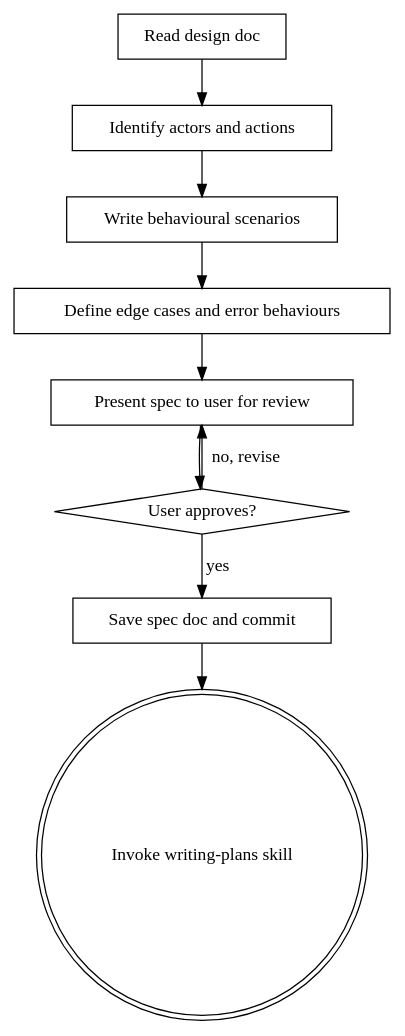
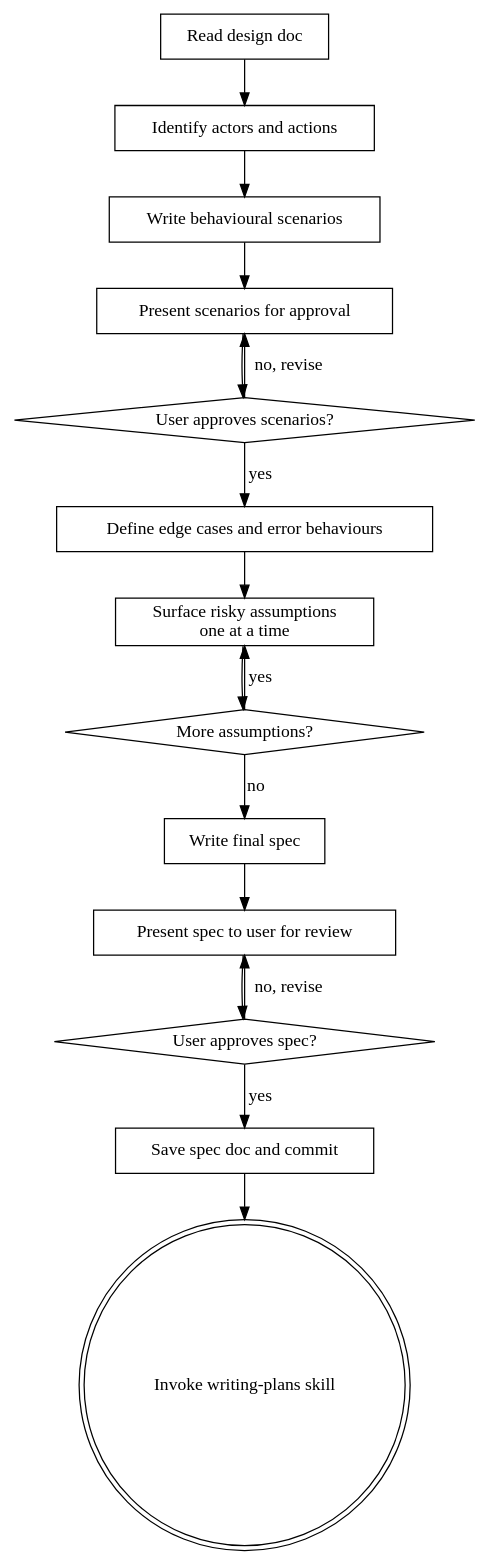
Before and after one commit to nagyv/superpowers: the diagram in skills/writing-behavioural-specs/SKILL.md, drawn with Graphviz. The commit also changed other lines of this file, not shown here.

First line of the commit message:
feat: add user collaboration checkpoints to writing-behavioural-specs

````diff
--- a/skills/writing-behavioural-specs/SKILL.md
+++ b/skills/writing-behavioural-specs/SKILL.md
@@ -27,21 +27,33 @@
 ```dot
 digraph spec_process {
     "Read design doc" [shape=box];
     "Identify actors and actions" [shape=box];
     "Write behavioural scenarios" [shape=box];
+    "Present scenarios for approval" [shape=box];
+    "User approves scenarios?" [shape=diamond];
     "Define edge cases and error behaviours" [shape=box];
+    "Surface risky assumptions\none at a time" [shape=box];
+    "More assumptions?" [shape=diamond];
+    "Write final spec" [shape=box];
     "Present spec to user for review" [shape=box];
-    "User approves?" [shape=diamond];
+    "User approves spec?" [shape=diamond];
     "Save spec doc and commit" [shape=box];
     "Invoke writing-plans skill" [shape=doublecircle];
 
     "Read design doc" -> "Identify actors and actions";
     "Identify actors and actions" -> "Write behavioural scenarios";
-    "Write behavioural scenarios" -> "Define edge cases and error behaviours";
-    "Define edge cases and error behaviours" -> "Present spec to user for review";
-    "Present spec to user for review" -> "User approves?";
-    "User approves?" -> "Present spec to user for review" [label="no, revise"];
-    "User approves?" -> "Save spec doc and commit" [label="yes"];
+    "Write behavioural scenarios" -> "Present scenarios for approval";
+    "Present scenarios for approval" -> "User approves scenarios?";
+    "User approves scenarios?" -> "Present scenarios for approval" [label="no, revise"];
+    "User approves scenarios?" -> "Define edge cases and error behaviours" [label="yes"];
+    "Define edge cases and error behaviours" -> "Surface risky assumptions\none at a time";
+    "Surface risky assumptions\none at a time" -> "More assumptions?";
+    "More assumptions?" -> "Surface risky assumptions\none at a time" [label="yes"];
+    "More assumptions?" -> "Write final spec" [label="no"];
+    "Write final spec" -> "Present spec to user for review";
+    "Present spec to user for review" -> "User approves spec?";
+    "User approves spec?" -> "Present spec to user for review" [label="no, revise"];
+    "User approves spec?" -> "Save spec doc and commit" [label="yes"];
     "Save spec doc and commit" -> "Invoke writing-plans skill";
 }
 ```
````
